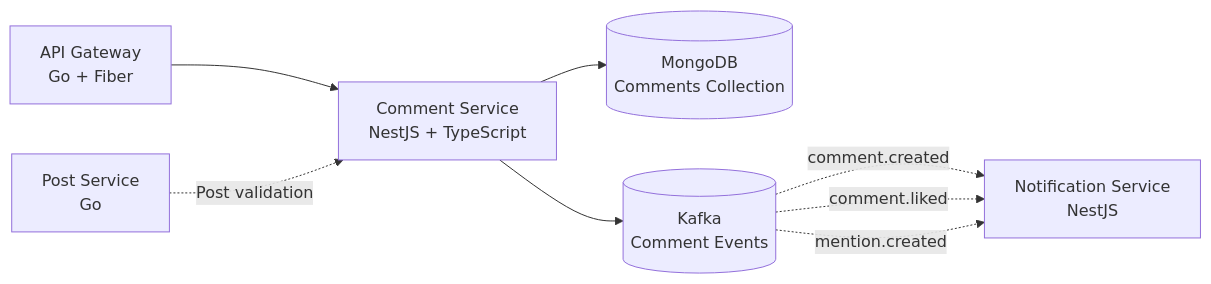
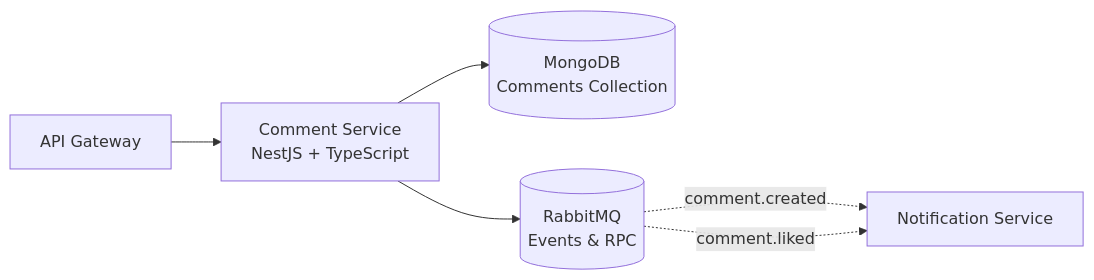
The diagram in README_EN.md (A4AD-team/comment-service), drawn with Mermaid before and after one commit. The commit also changed other lines of this file and 8 other files, not shown here.

First line of the commit message:
feat: integrate RabbitMQ for comment service RPC and update README

````diff
--- a/README_EN.md
+++ b/README_EN.md
@@ -49,12 +52,9 @@
 ```mermaid
 flowchart LR
-    Gateway["API Gateway<br/>Go + Fiber"] --> Comment["Comment Service<br/>NestJS + TypeScript"]
+    Gateway["API Gateway"] --> Comment["Comment Service<br/>NestJS + TypeScript"]
     Comment --> MongoDB[("MongoDB<br/>Comments Collection")]
-    Comment --> Kafka[("Kafka<br/>Comment Events")]
-    
-    Kafka -.->|"comment.created"| Notification["Notification Service<br/>NestJS"]
-    Kafka -.->|"comment.liked"| Notification
-    Kafka -.->|"mention.created"| Notification
-    
-    Post["Post Service<br/>Go"] -.->|"Post validation"| Comment
+    Comment --> RabbitMQ[("RabbitMQ<br/>Events & RPC")]
+
+    RabbitMQ -.->|"comment.created"| Notification["Notification Service"]
+    RabbitMQ -.->|"comment.liked"| Notification
 ```
````
